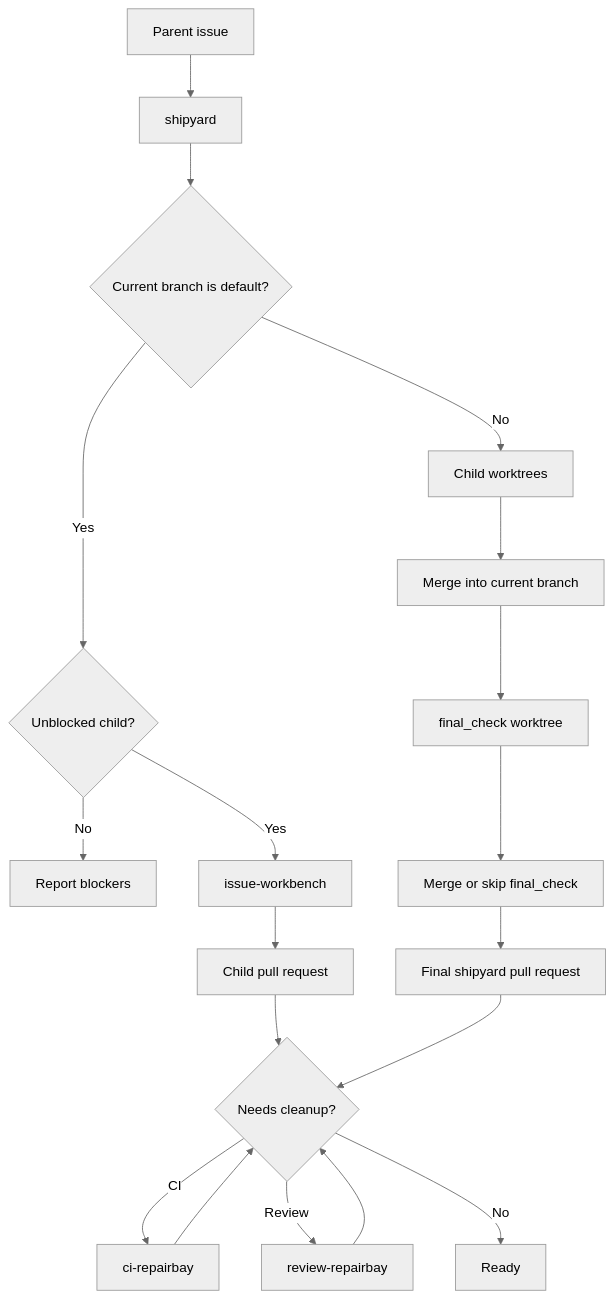
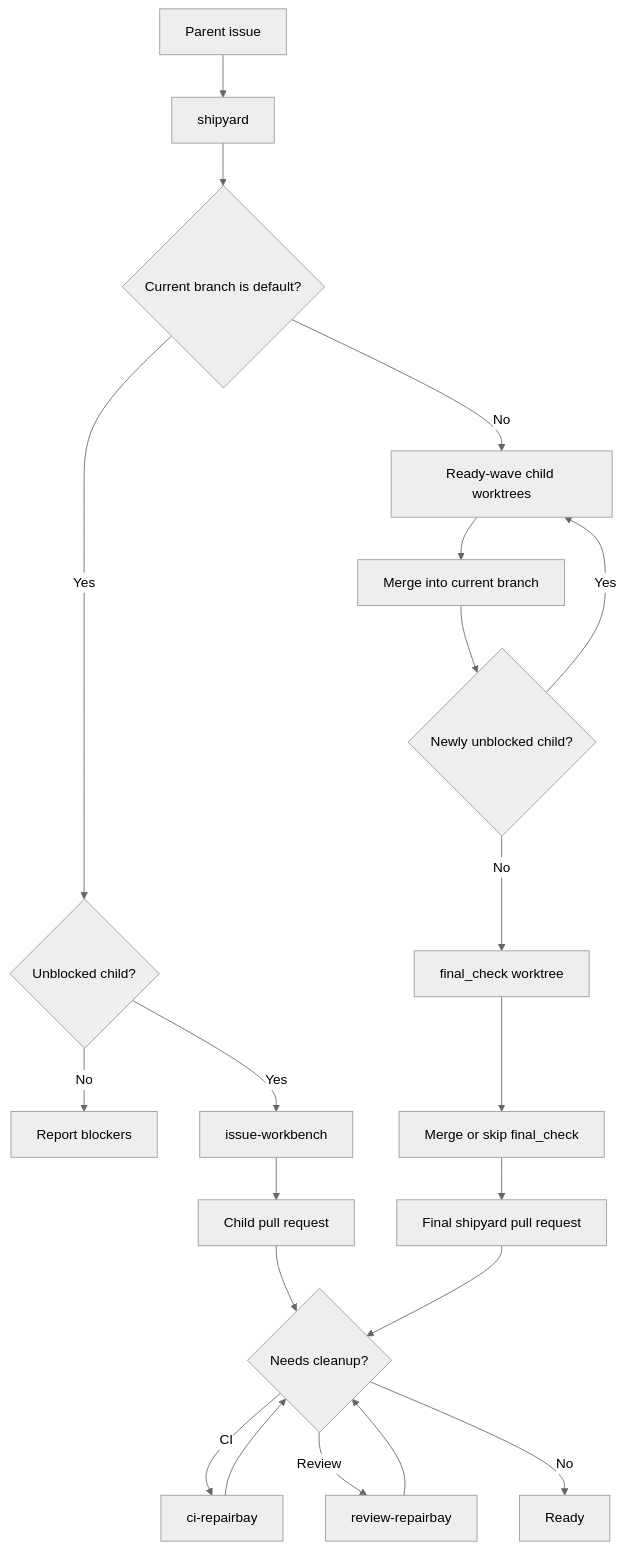
The fourth of 5 diagrams in README.md (HenryQW/skills), drawn with Mermaid (neutral theme) before and after one commit. The commit also changed other lines of this file and 1 other file, not shown here.

Commit message:
fix(shipyard): enforce dependency-wave worktrees

````diff
--- a/README.md
+++ b/README.md
@@ -93,21 +95,23 @@
 ```mermaid
 flowchart TD
   parent["Parent issue"] --> shipyard["shipyard"]
   shipyard --> mode{"Current branch is default?"}
   mode -->|Yes| ready{"Unblocked child?"}
   ready -->|No| blocked["Report blockers"]
   ready -->|Yes| workbench["issue-workbench"]
   workbench --> child_pr["Child pull request"]
-  mode -->|No| worktrees["Child worktrees"]
+  mode -->|No| worktrees["Ready-wave child worktrees"]
   worktrees --> integrate["Merge into current branch"]
-  integrate --> final_branch["final_check worktree"]
+  integrate --> recheck{"Newly unblocked child?"}
+  recheck -->|Yes| worktrees
+  recheck -->|No| final_branch["final_check worktree"]
   final_branch --> final_merge["Merge or skip final_check"]
   final_merge --> final_pr["Final shipyard pull request"]
   child_pr --> cleanup{"Needs cleanup?"}
   final_pr --> cleanup
   cleanup -->|CI| ci_repair["ci-repairbay"]
   cleanup -->|Review| review_repair["review-repairbay"]
   cleanup -->|No| done["Ready"]
   ci_repair --> cleanup
   review_repair --> cleanup
 ```
````
